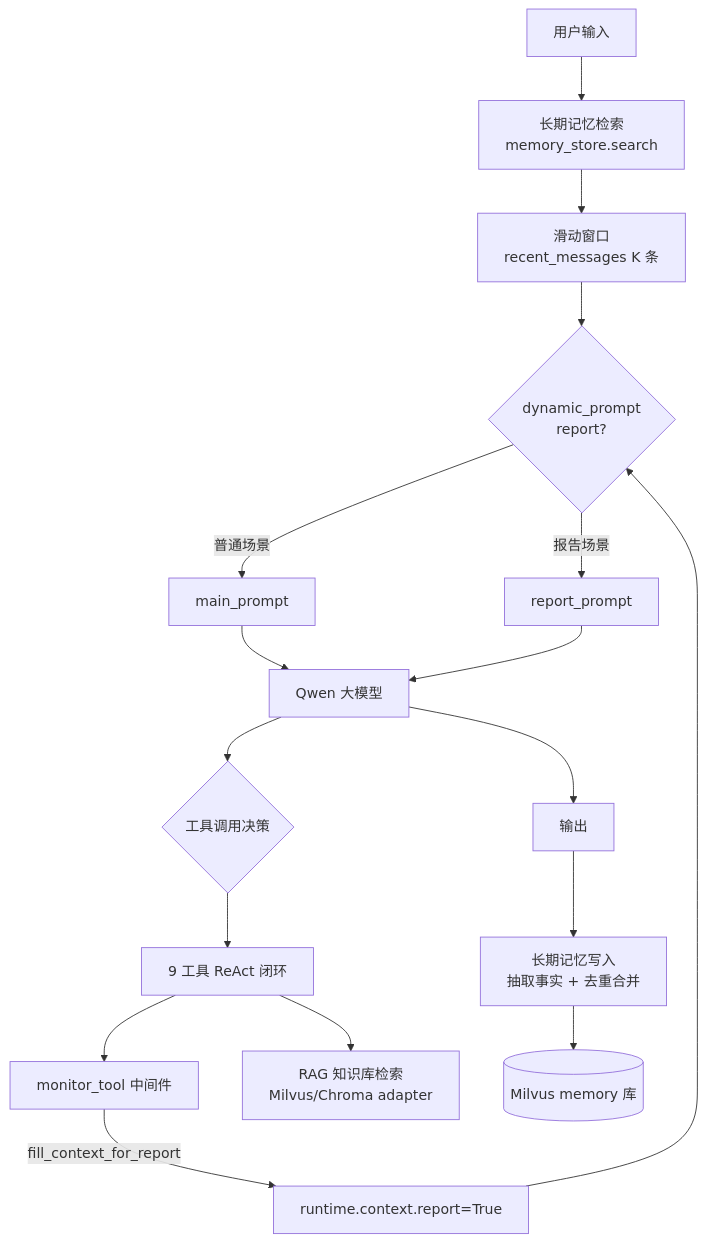
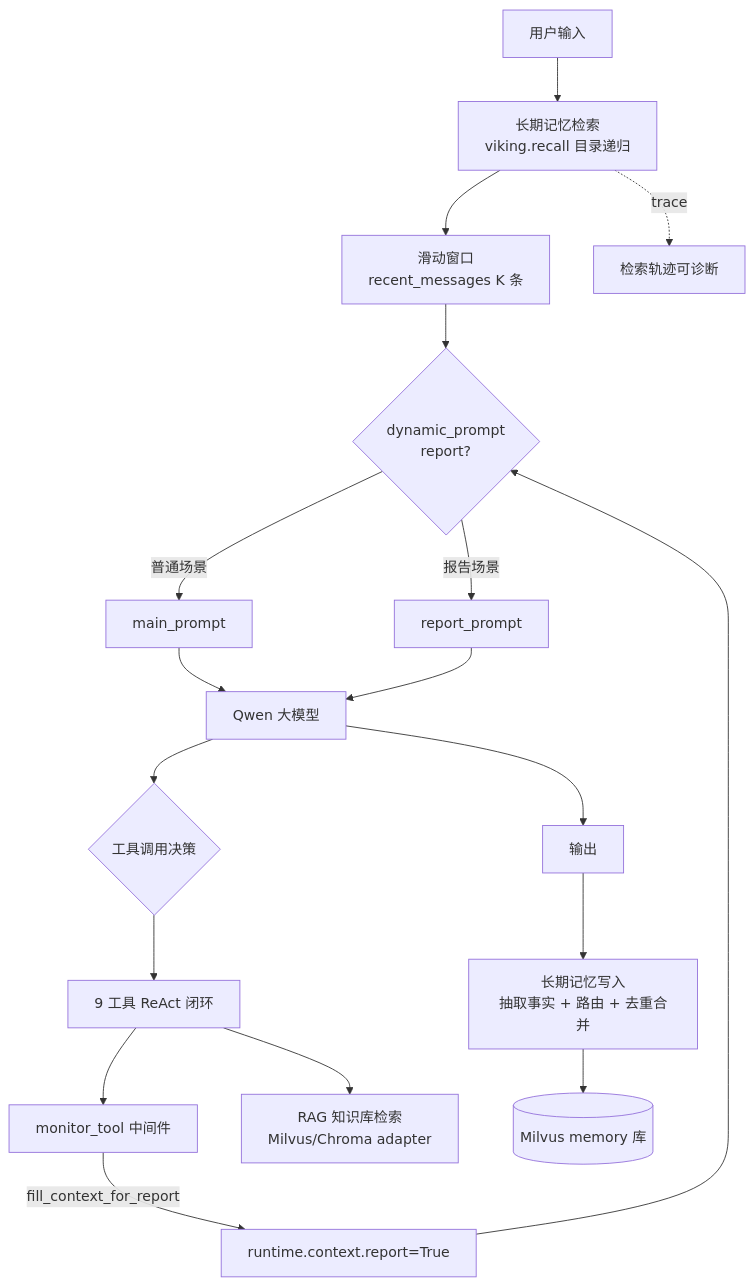
One commit to sakura5215/aiops-agent changed the first of 3 diagrams in README.md. Above: the diagram before and after it, drawn with Mermaid. The commit also changed other lines of this file and 1 other file, not shown here.

First line of the commit message:
docs: 补齐 viking 落地后的 README 与 gitignore

````diff
--- a/README.md
+++ b/README.md
@@ -7,19 +7,20 @@
 ```mermaid
 flowchart TD
-    U[用户输入] --> RECALL[长期记忆检索<br/>memory_store.search]
+    U[用户输入] --> RECALL[长期记忆检索<br/>viking.recall 目录递归]
     RECALL --> WIN[滑动窗口<br/>recent_messages K 条]
     WIN --> DP{dynamic_prompt<br/>report?}
     DP -->|普通场景| SP1[main_prompt]
     DP -->|报告场景| SP2[report_prompt]
     SP1 --> MODEL[Qwen 大模型]
     SP2 --> MODEL
     MODEL --> TC{工具调用决策}
     TC --> TOOLS[9 工具 ReAct 闭环]
     TOOLS --> MON[monitor_tool 中间件]
     MON -->|fill_context_for_report| CTX[runtime.context.report=True]
     CTX --> DP
     TOOLS --> RAG[RAG 知识库检索<br/>Milvus/Chroma adapter]
     MODEL --> OUT[输出]
-    OUT --> EXTRACT[长期记忆写入<br/>抽取事实 + 去重合并]
+    OUT --> EXTRACT[长期记忆写入<br/>抽取事实 + 路由 + 去重合并]
     EXTRACT --> MS[(Milvus memory 库)]
+    RECALL -.trace.-> TRACE[检索轨迹可诊断]
 ```
````
